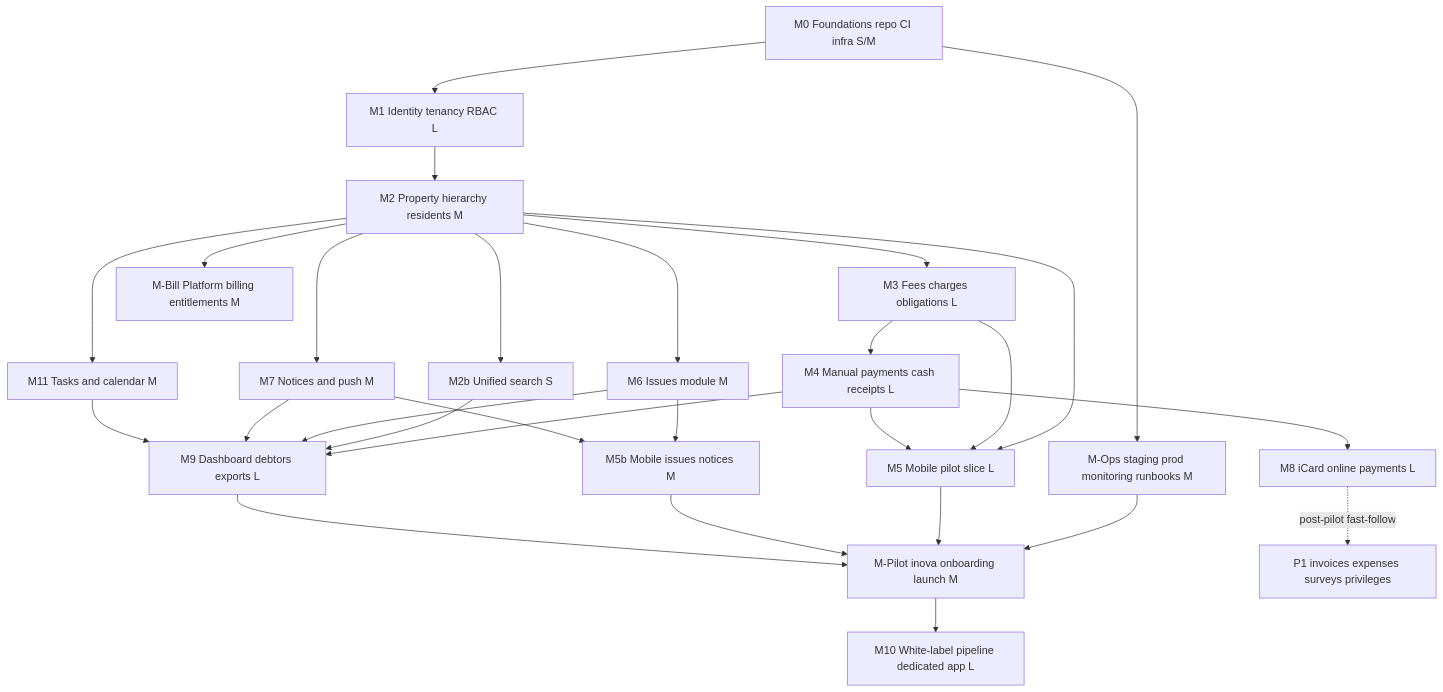
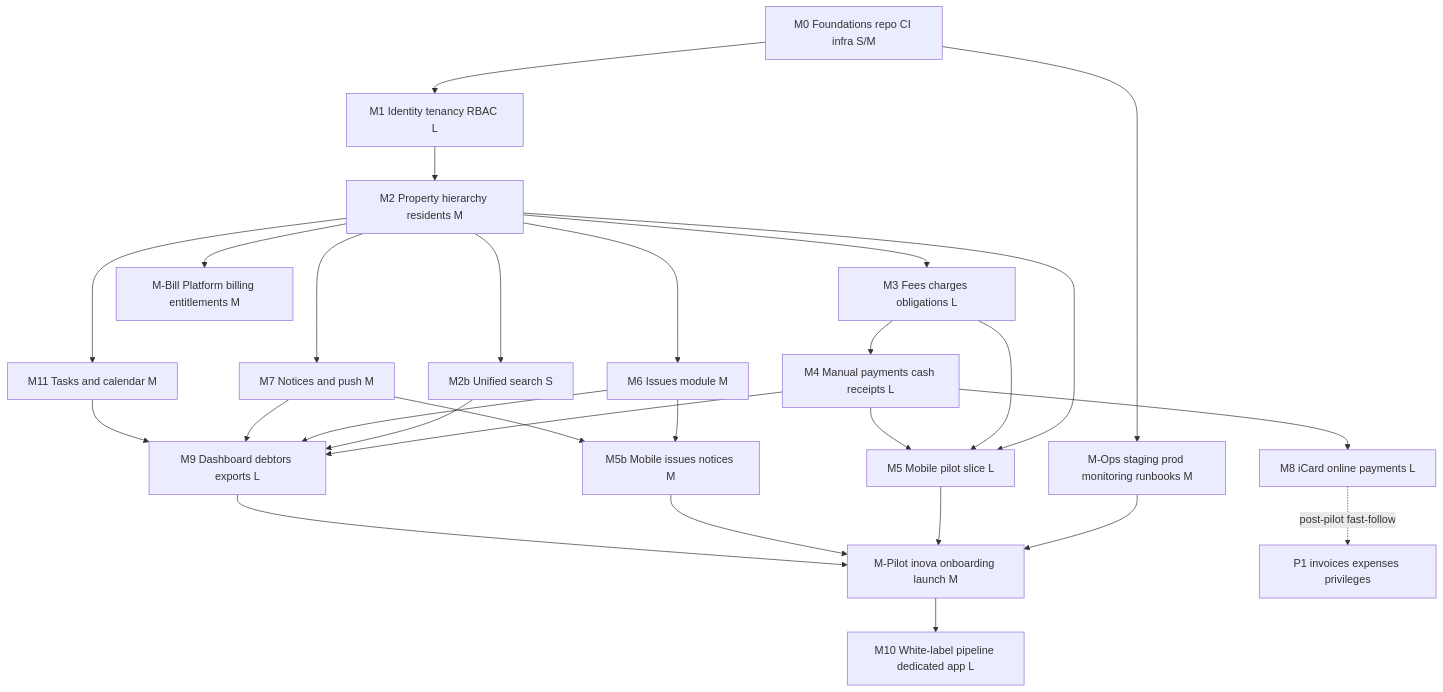
The diagram in docs/implementation-plan.md (bsdimer/inova), drawn with Mermaid before and after one commit. The commit also changed other lines of this file and 3 other files, not shown here.

First line of the commit message:
docs(plan): current.md, backlog, M9 and the plan index follow D23 and D16 on surveys

````diff
--- a/docs/implementation-plan.md
+++ b/docs/implementation-plan.md
@@ -97,30 +97,30 @@
 ```mermaid
 flowchart TD
   M0[M0 Foundations repo CI infra S/M] --> M1[M1 Identity tenancy RBAC L]
   M1 --> M2[M2 Property hierarchy residents M]
   M2 --> M3[M3 Fees charges obligations L]
   M3 --> M4[M4 Manual payments cash receipts L]
   M2 --> M5[M5 Mobile pilot slice L]
   M3 --> M5
   M4 --> M5
   M2 --> M2b[M2b Unified search S]
   M2 --> M6[M6 Issues module M]
   M2 --> M7[M7 Notices and push M]
   M2 --> M11[M11 Tasks and calendar M]
   M6 --> M5b[M5b Mobile issues notices M]
   M7 --> M5b
   M4 --> M9[M9 Dashboard debtors exports L]
   M2b --> M9
   M6 --> M9
   M7 --> M9
   M11 --> M9
   M4 --> M8[M8 iCard online payments L]
   M2 --> MBill[M-Bill Platform billing entitlements M]
   M0 --> MOps[M-Ops staging prod monitoring runbooks M]
   MOps --> MPilot[M-Pilot inova onboarding launch M]
   M5 --> MPilot
   M5b --> MPilot
   M9 --> MPilot
-  M8 -.post-pilot fast-follow.-> P1a[P1 invoices expenses surveys privileges]
+  M8 -.post-pilot fast-follow.-> P1a[P1 invoices expenses privileges]
   MPilot --> M10[M10 White-label pipeline dedicated app L]
 ```
````
